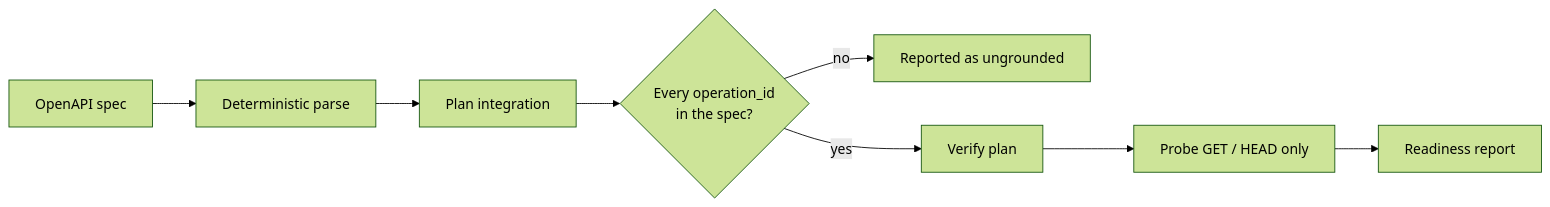
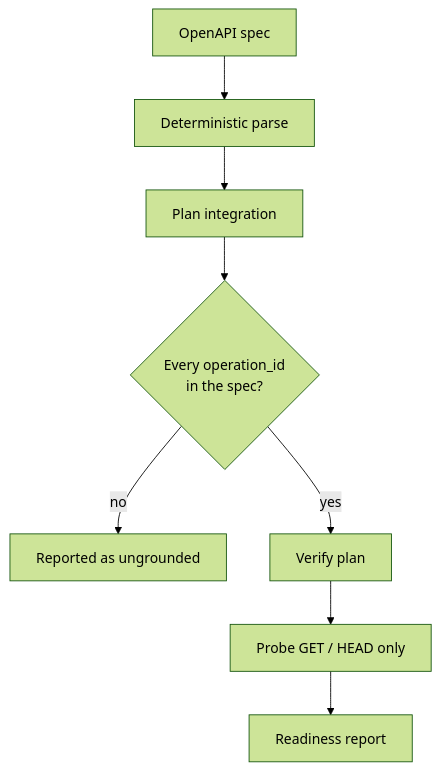
The diagram in workflows/01-autonomous-api-integration-engineer/README.md (Tejesh080/Free-Agentic-Workflows-in-N8N), drawn with Mermaid (forest theme) before and after one commit. The commit also changed 9 other files, not shown here.

First line of the commit message:
docs: top-down flow diagrams so they fit the column

````diff
--- a/workflows/01-autonomous-api-integration-engineer/README.md
+++ b/workflows/01-autonomous-api-integration-engineer/README.md
@@ -17,10 +17,10 @@
 ```mermaid
-flowchart LR
+flowchart TD
   A[OpenAPI spec] --> B[Deterministic parse]
   B --> C[Plan integration]
   C --> D{Every operation_id<br/>in the spec?}
   D -->|no| E[Reported as ungrounded]
   D -->|yes| F[Verify plan]
   F --> G[Probe GET / HEAD only]
   G --> H[Readiness report]
 ```
````
